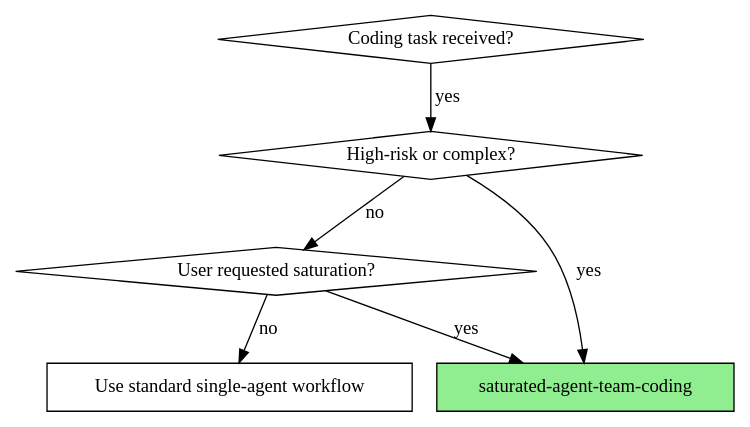
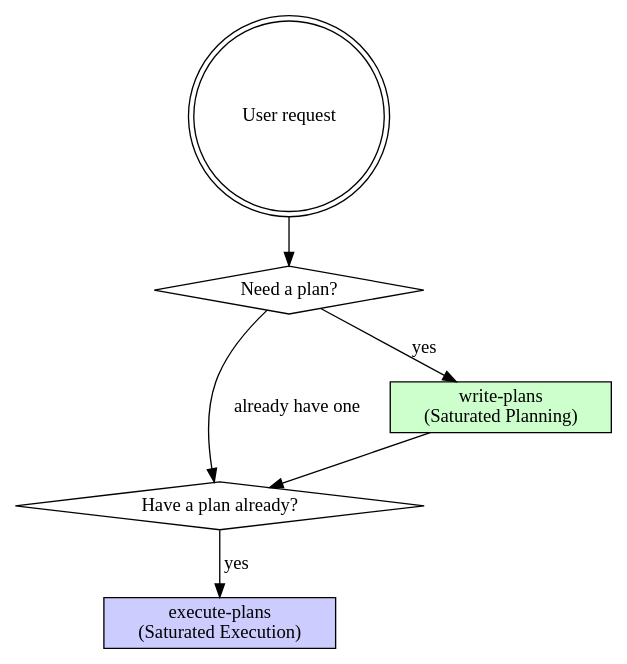
The diagram in skills/saturated-agent-team-coding/SKILL.md (Louis-Leee/saturation-agnet-team-coding), drawn with Graphviz before and after one commit. The commit also changed other lines of this file and 3 other files, not shown here.

First line of the commit message:
feat: add write-plans + restructure as two-phase workflow

````diff
--- a/skills/saturated-agent-team-coding/SKILL.md
+++ b/skills/saturated-agent-team-coding/SKILL.md
@@ -19,15 +17,15 @@
 ```dot
-digraph when_to_use {
-    "Coding task received?" [shape=diamond];
-    "High-risk or complex?" [shape=diamond];
-    "User requested saturation?" [shape=diamond];
-    "Use standard single-agent workflow" [shape=box];
-    "saturated-agent-team-coding" [shape=box, style=filled, fillcolor=lightgreen];
+digraph routing {
+    "User request" [shape=doublecircle];
+    "Need a plan?" [shape=diamond];
+    "Have a plan already?" [shape=diamond];
+    "write-plans" [shape=box, style=filled, fillcolor="#ccffcc", label="write-plans\n(Saturated Planning)"];
+    "execute-plans" [shape=box, style=filled, fillcolor="#ccccff", label="execute-plans\n(Saturated Execution)"];
 
-    "Coding task received?" -> "High-risk or complex?" [label="yes"];
-    "High-risk or complex?" -> "saturated-agent-team-coding" [label="yes"];
-    "High-risk or complex?" -> "User requested saturation?" [label="no"];
-    "User requested saturation?" -> "saturated-agent-team-coding" [label="yes"];
-    "User requested saturation?" -> "Use standard single-agent workflow" [label="no"];
+    "User request" -> "Need a plan?" ;
+    "Need a plan?" -> "write-plans" [label="yes"];
+    "write-plans" -> "Have a plan already?";
+    "Need a plan?" -> "Have a plan already?" [label="already have one"];
+    "Have a plan already?" -> "execute-plans" [label="yes"];
 }
 ```
````
